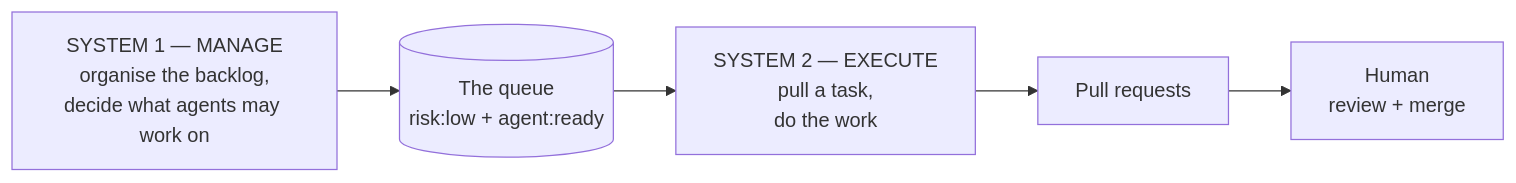
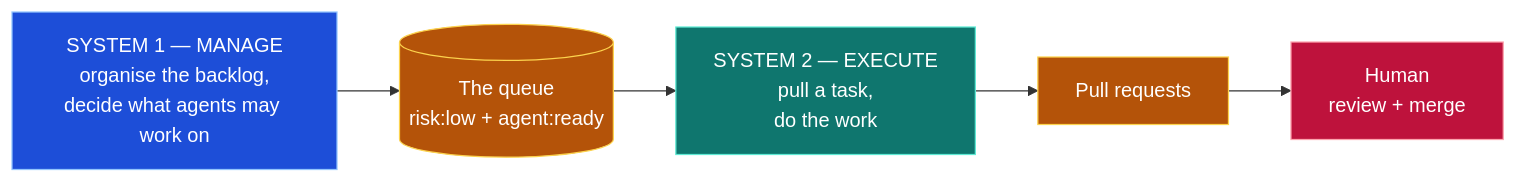
The fourth of 8 diagrams in tutorials/loop-engineering/README.md (owainlewis/youtube-tutorials), drawn with Mermaid before and after one commit. The commit also changed other lines of this file, not shown here.

Commit message:
docs: color mermaid diagrams for dark mode readability

````diff
--- a/tutorials/loop-engineering/README.md
+++ b/tutorials/loop-engineering/README.md
@@ -191,7 +210,16 @@
 ```mermaid
 graph LR
     S1[SYSTEM 1 — MANAGE<br/>organise the backlog,<br/>decide what agents may work on] --> Q[(The queue<br/>risk:low + agent:ready)]
     Q --> S2[SYSTEM 2 — EXECUTE<br/>pull a task,<br/>do the work]
     S2 --> PR[Pull requests]
     PR --> H[Human<br/>review + merge]
+
+    classDef manager fill:#1d4ed8,stroke:#93c5fd,color:#ffffff
+    classDef worker fill:#0f766e,stroke:#5eead4,color:#ffffff
+    classDef state fill:#b45309,stroke:#fcd34d,color:#ffffff
+    classDef human fill:#be123c,stroke:#fda4af,color:#ffffff
+    class S1 manager
+    class S2 worker
+    class Q,PR state
+    class H human
 ```
````
